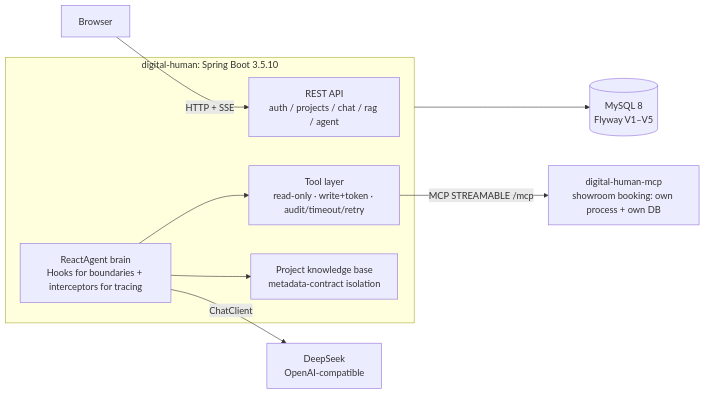
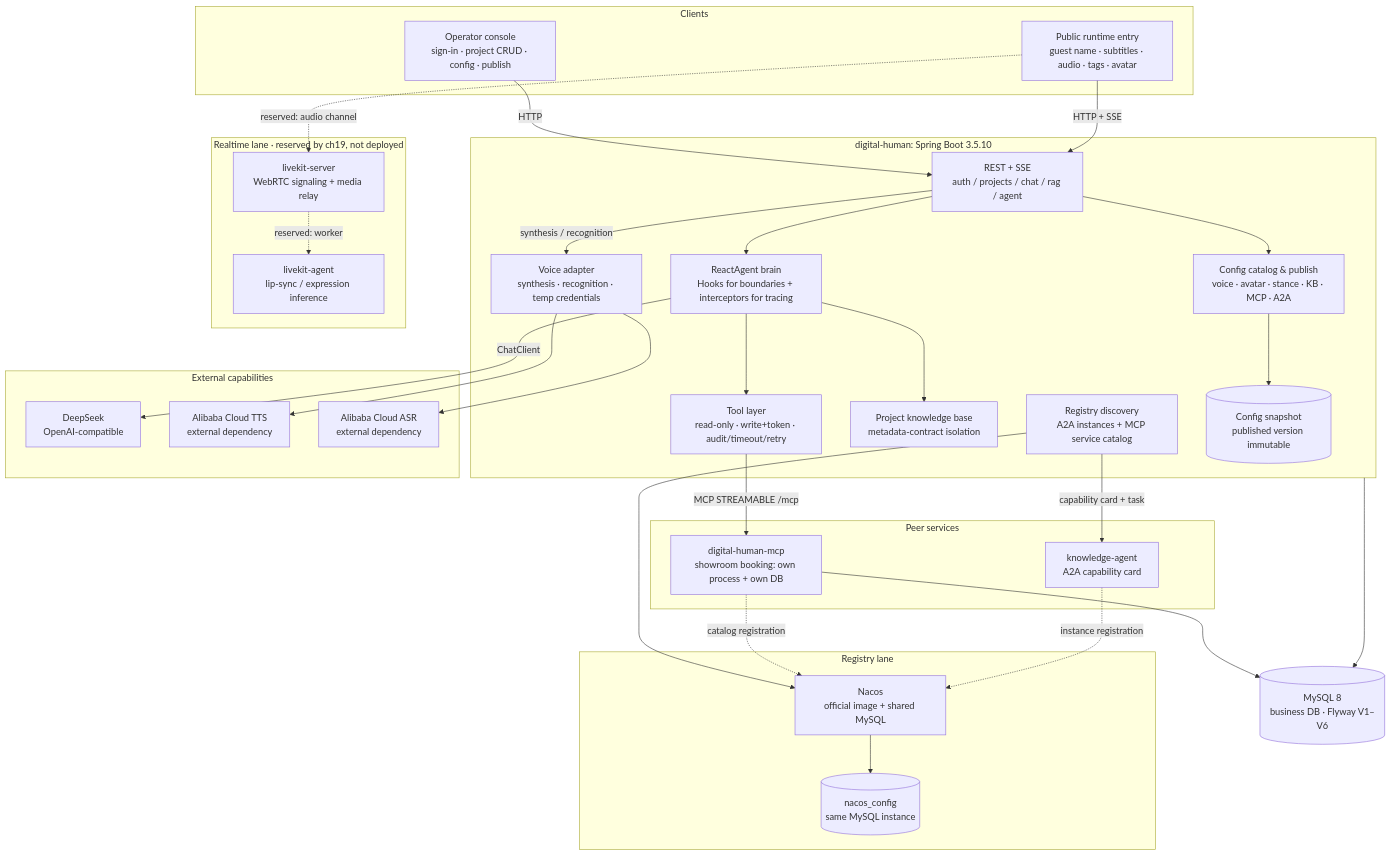
Before and after one commit to lifuchun522/springaialibabapractice: the diagram in README.en.md, drawn with Mermaid. The commit also changed other lines of this file and 72 other files, not shown here.

First line of the commit message:
feat(ch17): 观星治理——一条失败请求能定位到模型/工具/RAG/图/远程 Agent 的某一层

````diff
--- a/README.en.md
+++ b/README.en.md
@@ -334,15 +343,63 @@
 ```mermaid
-flowchart LR
-    U["Browser"] -->|"HTTP + SSE"| API
+flowchart TB
+    subgraph CLIENT["Clients"]
+        AUI["Operator console<br/>sign-in · project CRUD · config · publish"]
+        RUI["Public runtime entry<br/>guest name · subtitles · audio · tags · avatar"]
+    end
+
     subgraph APP["digital-human: Spring Boot 3.5.10"]
-        API["REST API<br/>auth / projects / chat / rag / agent"]
+        API["REST + SSE<br/>auth / projects / chat / rag / agent"]
+        CFG["Config catalog &amp; publish<br/>voice · avatar · stance · KB · MCP · A2A"]
+        VOICE["Voice adapter<br/>synthesis · recognition · temp credentials"]
         AGENT["ReactAgent brain<br/>Hooks for boundaries + interceptors for tracing"]
         TOOLS["Tool layer<br/>read-only · write+token · audit/timeout/retry"]
         RAG["Project knowledge base<br/>metadata-contract isolation"]
+        DISC["Registry discovery<br/>A2A instances + MCP service catalog"]
+        SNAP[("Config snapshot<br/>published version immutable")]
     end
-    AGENT -->|"ChatClient"| LLM["DeepSeek<br/>OpenAI-compatible"]
+
+    subgraph EXT["External capabilities"]
+        LLM["DeepSeek<br/>OpenAI-compatible"]
+        TTSX["Alibaba Cloud TTS<br/>external dependency"]
+        ASRX["Alibaba Cloud ASR<br/>external dependency"]
+    end
+
+    subgraph RTC["Realtime lane · reserved by ch19, not deployed"]
+        LKS["livekit-server<br/>WebRTC signaling + media relay"]
+        LKA["livekit-agent<br/>lip-sync / expression inference"]
+    end
+
+    subgraph REG["Registry lane"]
+        NACOS["Nacos<br/>official image + shared MySQL"]
+        NACOSDB[("nacos_config<br/>same MySQL instance")]
+    end
+
+    subgraph PEERS["Peer services"]
+        MCP["digital-human-mcp<br/>showroom booking: own process + own DB"]
+        KA["knowledge-agent<br/>A2A capability card"]
+    end
+
+    DB[("MySQL 8<br/>business DB · Flyway V1–V6")]
+
+    AUI -->|"HTTP"| API
+    API --> CFG
+    CFG --> SNAP
+    RUI -->|"HTTP + SSE"| API
+    API --> AGENT
+    AGENT -->|"ChatClient"| LLM
     AGENT --> TOOLS
     AGENT --> RAG
-    TOOLS -->|"MCP STREAMABLE /mcp"| MCP["digital-human-mcp<br/>showroom booking: own process + own DB"]
-    APP --> DB[("MySQL 8<br/>Flyway V1–V5")]
+    API -->|"synthesis / recognition"| VOICE
+    VOICE --> TTSX
+    VOICE --> ASRX
+    TOOLS -->|"MCP STREAMABLE /mcp"| MCP
+    DISC -->|"capability card + task"| KA
+    DISC --> NACOS
+    MCP -.->|"catalog registration"| NACOS
+    KA -.->|"instance registration"| NACOS
+    NACOS --> NACOSDB
+    APP --> DB
+    MCP --> DB
+    RUI -.->|"reserved: audio channel"| LKS
+    LKS -.->|"reserved: worker"| LKA
 ```
````
